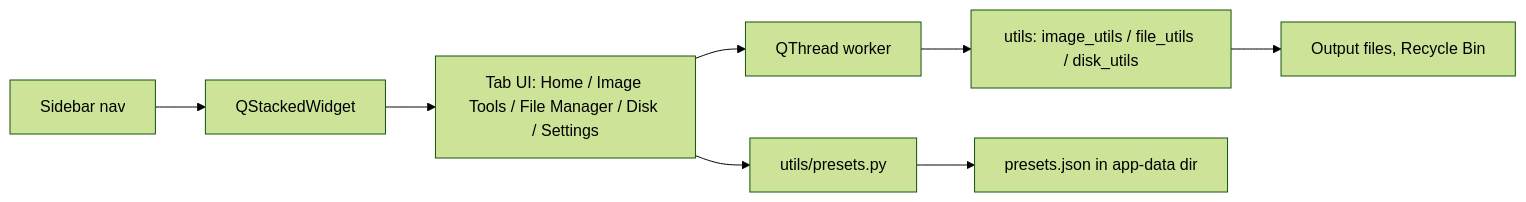
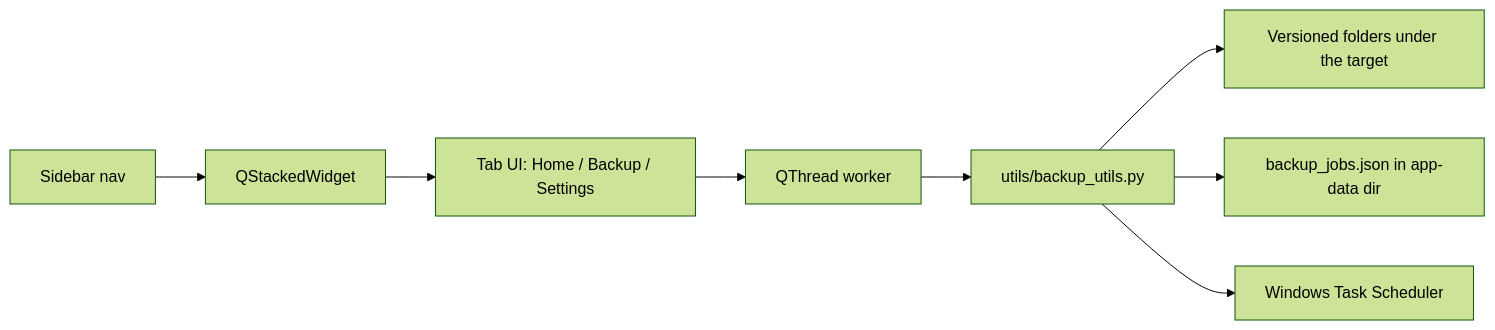
One commit to TechCabana/utility-tool changed the diagram in README.md. Above: the diagram before and after it, drawn with Mermaid (forest theme). The commit also changed other lines of this file and 26 other files, not shown here.

First line of the commit message:
refactor: strip every non-backup feature and extract the Backup tab

````diff
--- a/README.md
+++ b/README.md
@@ -216,10 +202,10 @@
 ```mermaid
 flowchart LR
     A[Sidebar nav] --> B[QStackedWidget]
-    B --> C[Tab UI: Home / Image Tools / File Manager / Disk / Settings]
+    B --> C[Tab UI: Home / Backup / Settings]
     C --> D[QThread worker]
-    D --> E[utils: image_utils / file_utils / disk_utils]
-    E --> F[Output files, Recycle Bin]
-    C --> G[utils/presets.py]
-    G --> H[presets.json in app-data dir]
+    D --> E[utils/backup_utils.py]
+    E --> F[Versioned folders under the target]
+    E --> G[backup_jobs.json in app-data dir]
+    E --> H[Windows Task Scheduler]
 ```
````
